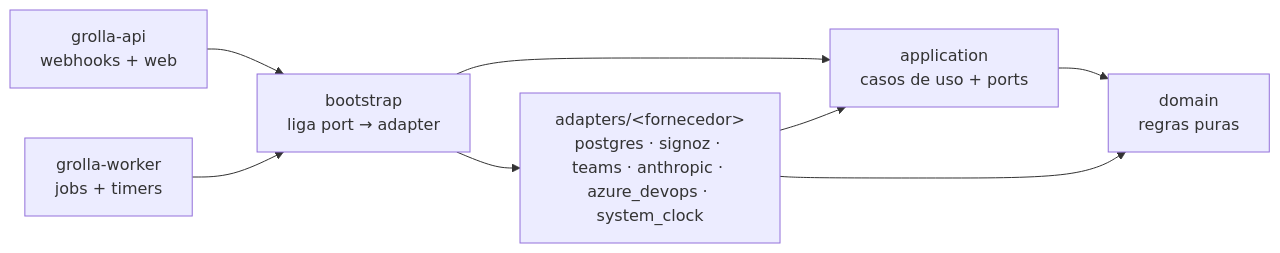
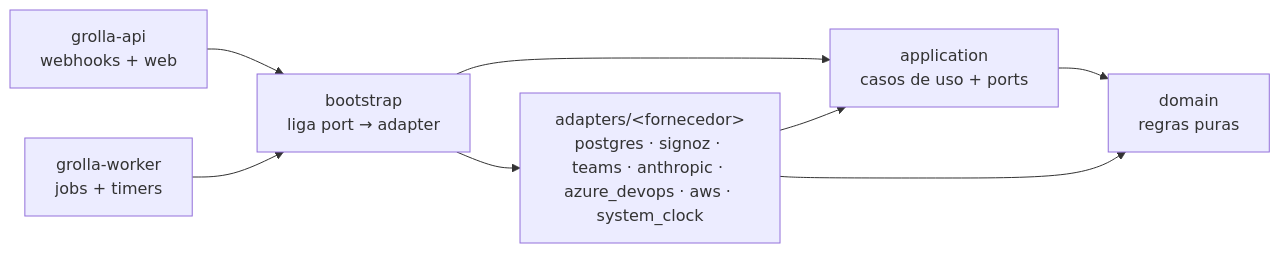
Before and after one commit to viniciusfaleiro/grolla-agent: the diagram in README.md, drawn with Mermaid. The commit also changed other lines of this file and 4 other files, not shown here.

Commit message:
Memória viva em destaque no README, no roadmap e nas configs

````diff
--- a/README.md
+++ b/README.md
@@ -86,10 +117,10 @@
 ```mermaid
 flowchart LR
   api["grolla-api<br/>webhooks + web"] --> boot
   worker["grolla-worker<br/>jobs + timers"] --> boot
   boot["bootstrap<br/>liga port → adapter"] --> adapters
   boot --> app
-  adapters["adapters/&lt;fornecedor&gt;<br/>postgres · signoz · teams · anthropic · azure_devops · system_clock"] --> app
+  adapters["adapters/&lt;fornecedor&gt;<br/>postgres · signoz · teams · anthropic · azure_devops · aws · system_clock"] --> app
   app["application<br/>casos de uso + ports"] --> dom["domain<br/>regras puras"]
   adapters --> dom
 ```
````
